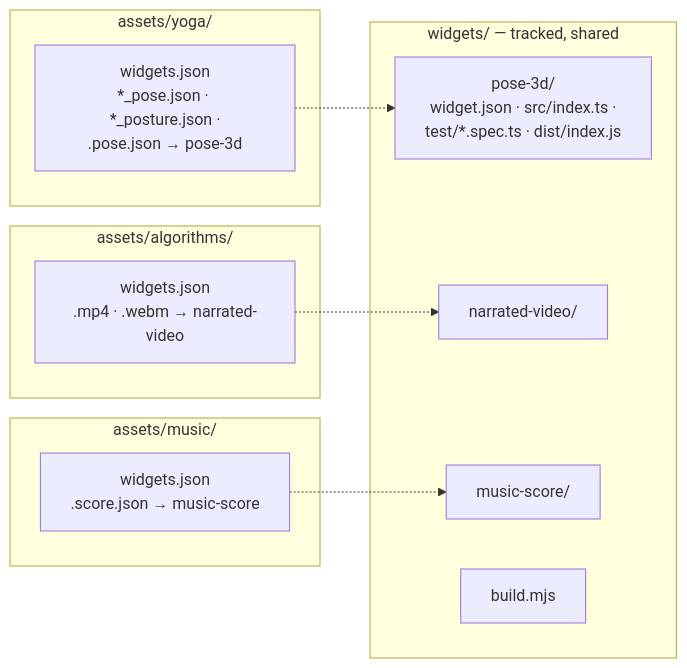
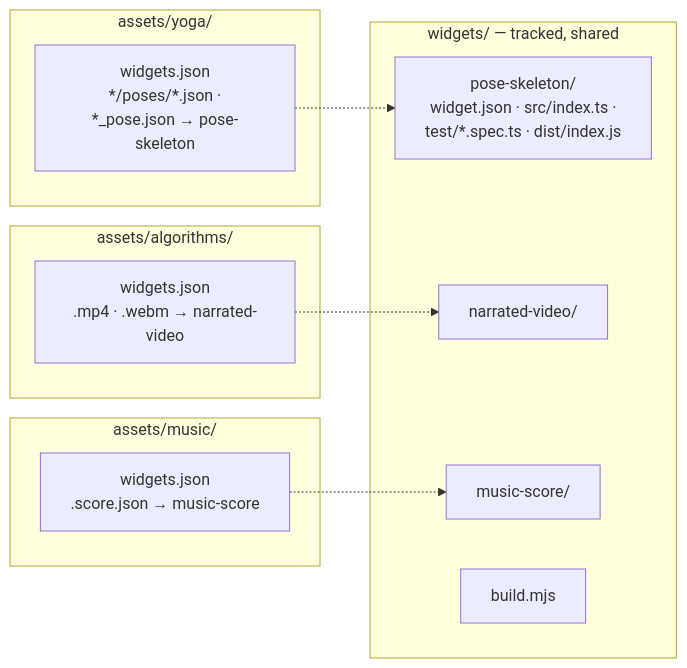
The first of 8 diagrams in design/06_widgets.md (radubools/dex), drawn with Mermaid before and after one commit. The commit also changed other lines of this file and 153 other files, not shown here.

````diff
--- a/design/06_widgets.md
+++ b/design/06_widgets.md
@@ -36,21 +52,21 @@
 ```mermaid
 flowchart LR
     subgraph shared ["widgets/ — tracked, shared"]
-        W1["pose-3d/<br/>widget.json · src/index.ts ·<br/>test/*.spec.ts · dist/index.js"]
+        W1["pose-skeleton/<br/>widget.json · src/index.ts ·<br/>test/*.spec.ts · dist/index.js"]
         W2["narrated-video/"]
         W3["music-score/"]
         BLD["build.mjs"]
     end
     subgraph yoga ["assets/yoga/"]
-        R1["widgets.json<br/>*_pose.json · *_posture.json ·<br/>.pose.json → pose-3d"]
+        R1["widgets.json<br/>*/poses/*.json ·<br/>*_pose.json → pose-skeleton"]
     end
     subgraph alg ["assets/algorithms/"]
         R2["widgets.json<br/>.mp4 · .webm → narrated-video"]
     end
     subgraph mus ["assets/music/"]
         R3["widgets.json<br/>.score.json → music-score"]
     end
     R1 -.-> W1
     R2 -.-> W2
     R3 -.-> W3
 ```
````
